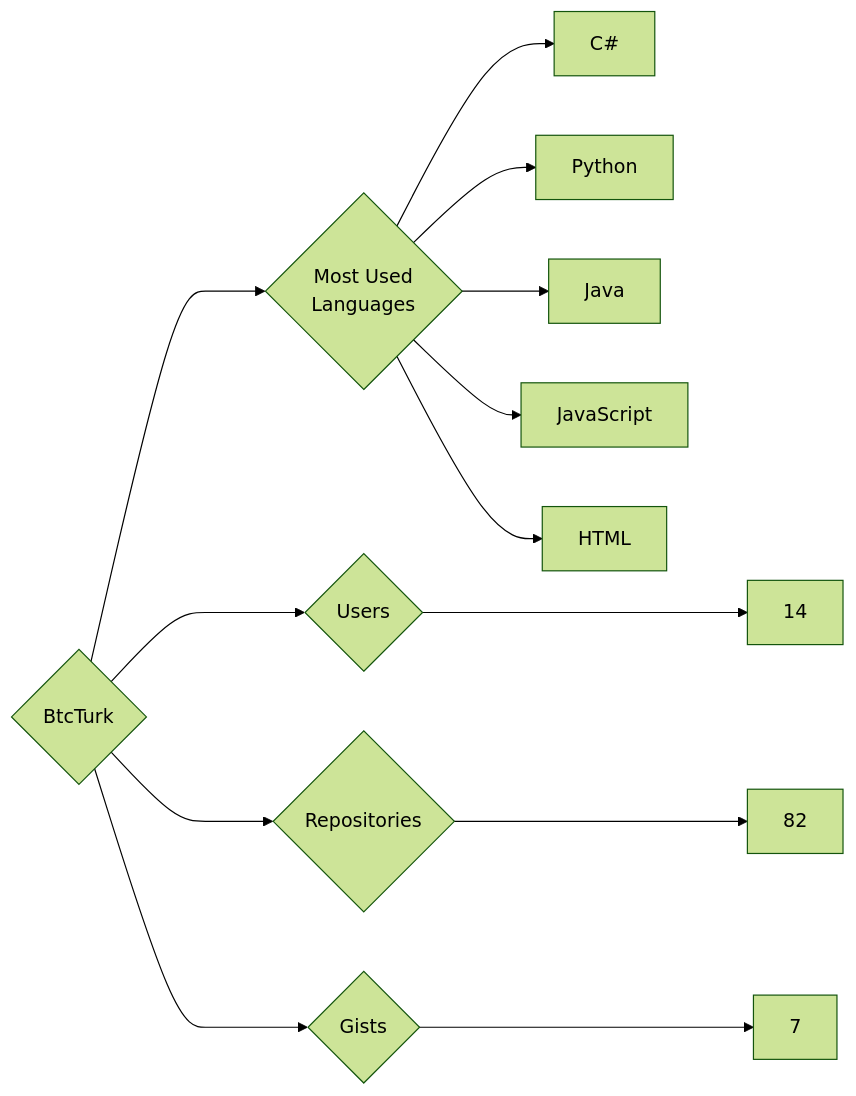
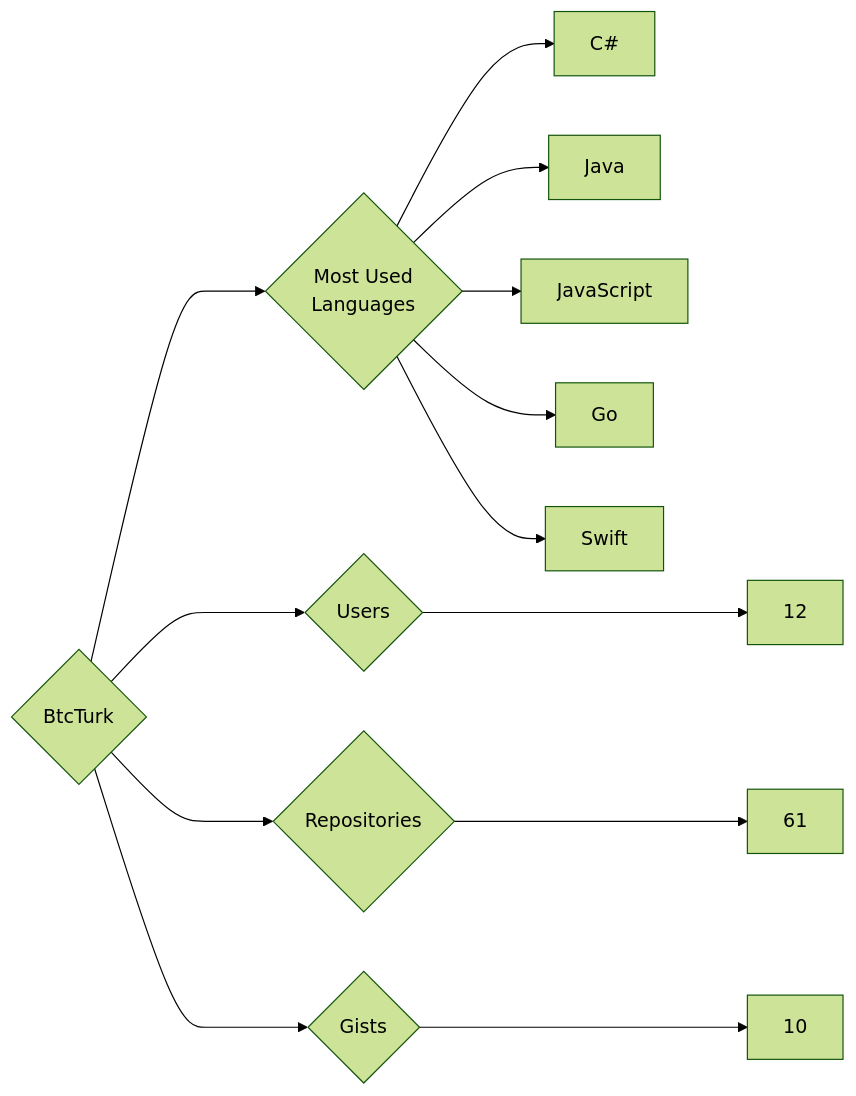
One commit to trickest/insiders changed the diagram in targets/BtcTurk/README.md. Above: the diagram before and after it, drawn with Mermaid (forest theme). The commit also changed 925 other files, not shown here.

````diff
--- a/targets/BtcTurk/README.md
+++ b/targets/BtcTurk/README.md
@@ -3,13 +3,13 @@
 ```mermaid
 graph LR
 COMPANY_NAME{BtcTurk}
-COMPANY_NAME ---> U{Users} ---> UN[14]
-COMPANY_NAME ---> R{Repositories} ---> RN[82]
-COMPANY_NAME ---> G{Gists} ---> GN[7]
+COMPANY_NAME ---> U{Users} ---> UN[12]
+COMPANY_NAME ---> R{Repositories} ---> RN[61]
+COMPANY_NAME ---> G{Gists} ---> GN[10]
 COMPANY_NAME ---> ML{Most Used<br>Languages}
 ML --> C#[C#]
-ML --> Python[Python]
 ML --> Java[Java]
 ML --> JavaScript[JavaScript]
-ML --> HTML[HTML]
+ML --> Go[Go]
+ML --> Swift[Swift]
 ```
````
